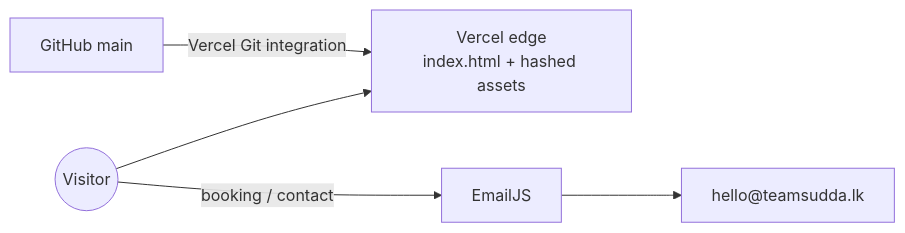
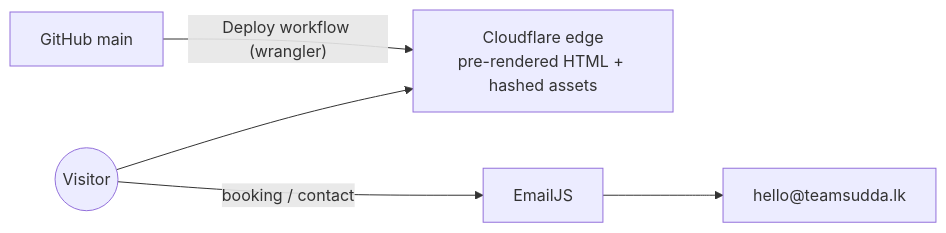
One commit to saadmaz/Team-Sudda changed the first of 2 diagrams in README.md. Above: the diagram before and after it, drawn with Mermaid. The commit also changed other lines of this file and 18 other files, not shown here.

First line of the commit message:
chore(hosting): move from Vercel to Cloudflare Workers

````diff
--- a/README.md
+++ b/README.md
@@ -87,6 +87,6 @@
 ```mermaid
 flowchart LR
-  Visitor((Visitor)) --> Vercel["Vercel edge<br/>index.html + hashed assets"]
+  Visitor((Visitor)) --> CF["Cloudflare edge<br/>pre-rendered HTML + hashed assets"]
   Visitor -- booking / contact --> EmailJS["EmailJS"] --> Inbox["hello@teamsudda.lk"]
-  Repo["GitHub main"] -- Vercel Git integration --> Vercel
+  Repo["GitHub main"] -- Deploy workflow (wrangler) --> CF
 ```
````
